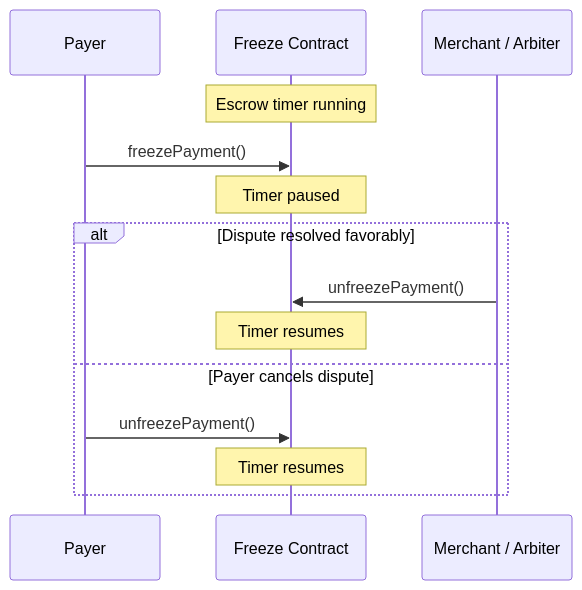
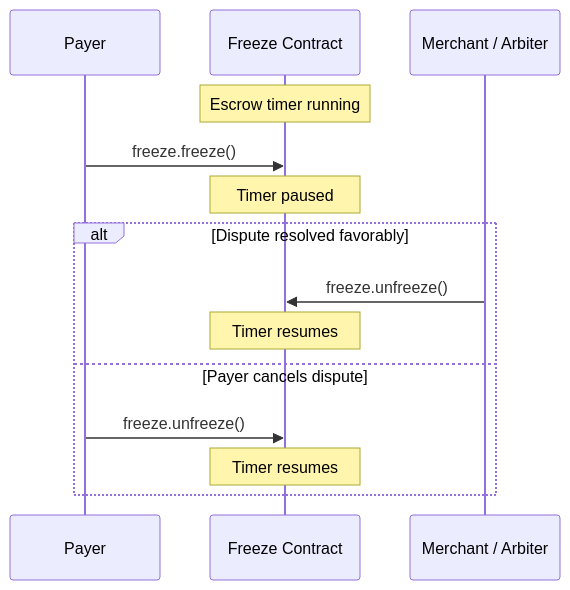
One commit to BackTrackCo/docs changed the diagram in sdk/client/escrow-management.mdx. Above: the diagram before and after it, drawn with Mermaid. The commit also changed other lines of this file and 17 other files, not shown here.

````diff
--- a/sdk/client/escrow-management.mdx
+++ b/sdk/client/escrow-management.mdx
@@ -204,18 +143,18 @@
 ```mermaid
 sequenceDiagram
     participant P as Payer
     participant F as Freeze Contract
     participant M as Merchant / Arbiter
 
     Note over F: Escrow timer running
-    P->>F: freezePayment()
+    P->>F: freeze.freeze()
     Note over F: Timer paused
 
     alt Dispute resolved favorably
-        M->>F: unfreezePayment()
+        M->>F: freeze.unfreeze()
         Note over F: Timer resumes
     else Payer cancels dispute
-        P->>F: unfreezePayment()
+        P->>F: freeze.unfreeze()
         Note over F: Timer resumes
     end
 ```
````
